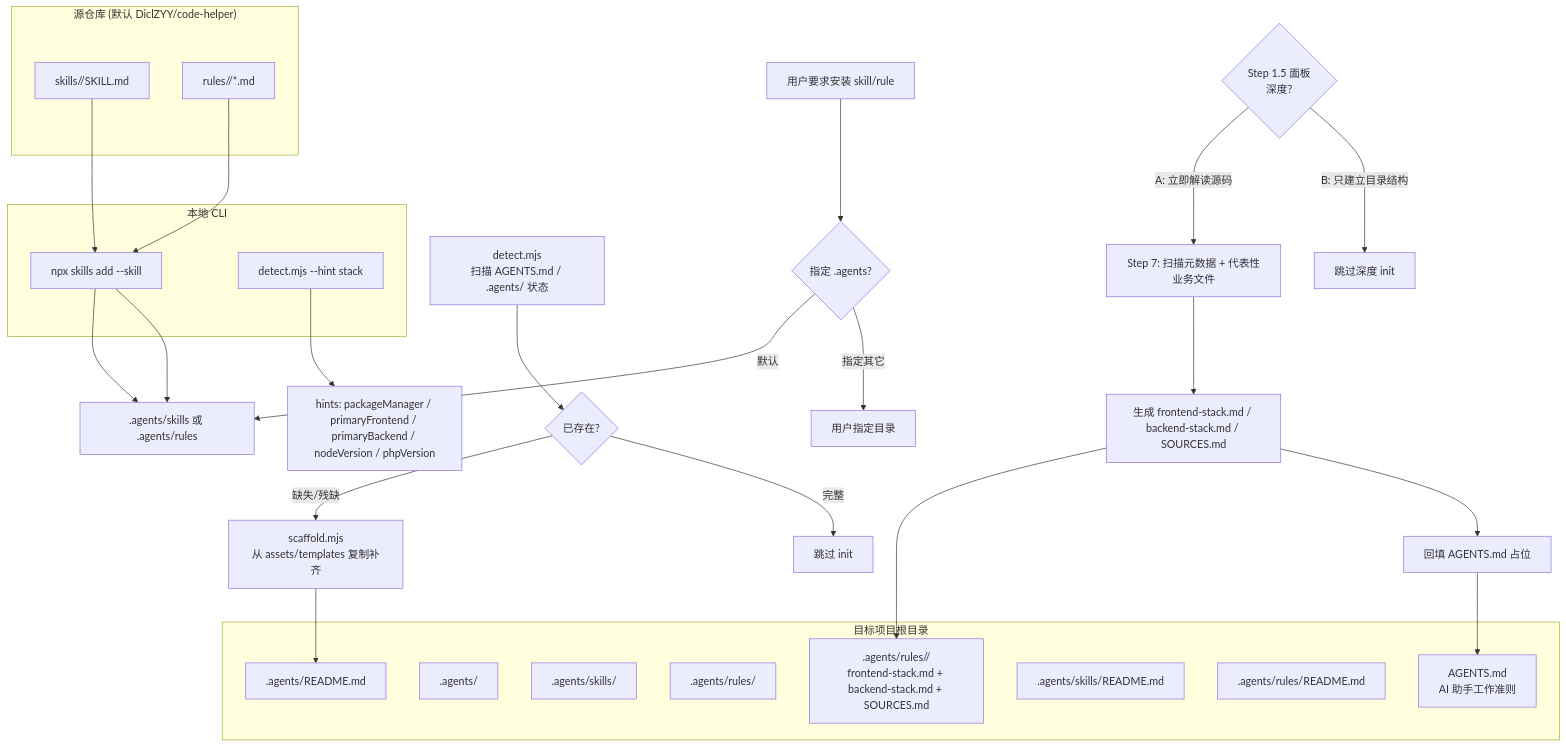
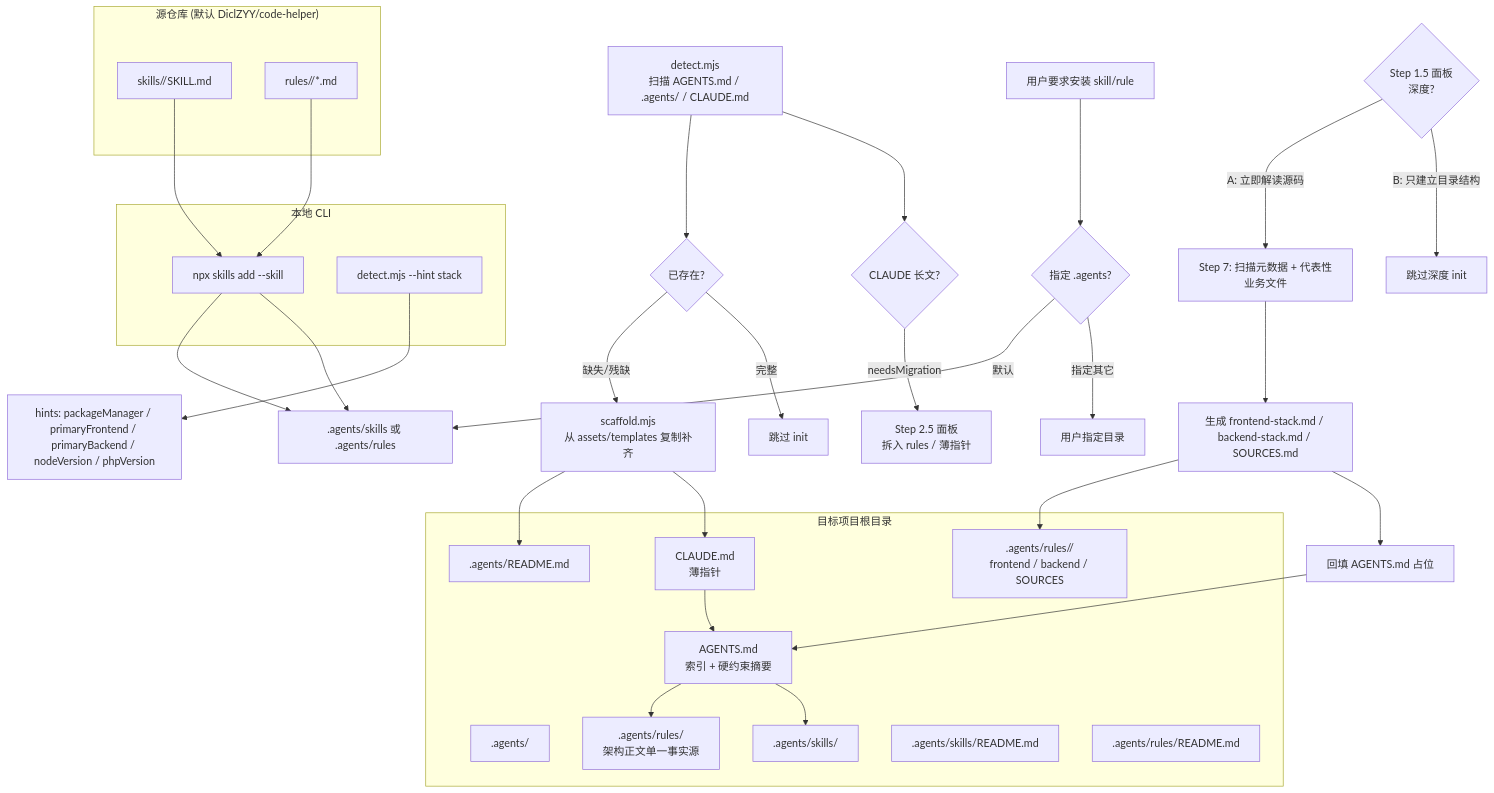
One commit to DiclZYY/code-helper changed the diagram in skills/ai-agents-installer/SKILL.md. Above: the diagram before and after it, drawn with Mermaid. The commit also changed other lines of this file and 9 other files, not shown here.

First line of the commit message:
update(ai-agents-installer): 新增 CLAUDE.md 薄指针支持，统一架构正文到 rules

````diff
--- a/skills/ai-agents-installer/SKILL.md
+++ b/skills/ai-agents-installer/SKILL.md
@@ -42,42 +48,49 @@
 ```mermaid
 flowchart TB
   subgraph project["目标项目根目录"]
-    agentsMd["AGENTS.md<br/>AI 助手工作准则"]
+    agentsMd["AGENTS.md<br/>索引 + 硬约束摘要"]
+    claudeMd["CLAUDE.md<br/>薄指针"]
     agentsDir[".agents/"]
     skillsDir[".agents/skills/"]
-    rulesDir[".agents/rules/"]
+    rulesDir[".agents/rules/<br/>架构正文单一事实源"]
     readmeA[".agents/README.md"]
     skillsReadme[".agents/skills/README.md"]
     rulesReadme[".agents/rules/README.md"]
-    stackRule[".agents/rules/<stack-name>/<br/>frontend-stack.md + backend-stack.md + SOURCES.md"]
+    stackRule[".agents/rules/<stack-name>/<br/>frontend / backend / SOURCES"]
   end
   subgraph src["源仓库 (默认 DiclZYY/code-helper)"]
     srcSkills["skills/<name>/SKILL.md"]
     srcRules["rules/<name>/*.md"]
   end
   subgraph cli["本地 CLI"]
     npx["npx skills add <repo> --skill <name>"]
     detectCmd["detect.mjs --hint stack"]
   end
-  detect["detect.mjs<br/>扫描 AGENTS.md / .agents/ 状态"] --> state{"已存在?"}
+  claudeMd --> agentsMd
+  agentsMd --> rulesDir
+  agentsMd --> skillsDir
+  detect["detect.mjs<br/>扫描 AGENTS.md / .agents/ / CLAUDE.md"] --> state{"已存在?"}
   state -- 缺失/残缺 --> scaffold["scaffold.mjs<br/>从 assets/templates 复制补齐"]
   state -- 完整 --> skipInit["跳过 init"]
   scaffold --> readmeA
+  scaffold --> claudeMd
+  detect --> claudeCheck{"CLAUDE 长文?"}
+  claudeCheck -- needsMigration --> migratePanel["Step 2.5 面板<br/>拆入 rules / 薄指针"]
   userAsk["用户要求安装 skill/rule"] --> pickTarget{"指定 .agents?"}
   pickTarget -- 默认 --> defaultLayout[".agents/skills 或 .agents/rules"]
   pickTarget -- 指定其它 --> otherLayout["用户指定目录"]
   srcSkills --> npx
   npx --> defaultLayout
   srcRules --> npx
   npx --> defaultLayout
 
   %% Step 1.5 深度分流
   detectCmd --> hintJson["hints: packageManager / primaryFrontend / primaryBackend / nodeVersion / phpVersion"]
   depth{"Step 1.5 面板<br/>深度?"}
   depth -- A: 立即解读源码 --> scan["Step 7: 扫描元数据 + 代表性业务文件"]
   scan --> deriveSpec["生成 frontend-stack.md / backend-stack.md / SOURCES.md"]
   deriveSpec --> stackRule
   deriveSpec --> fillAgentsMd["回填 AGENTS.md <fill> 占位"]
   fillAgentsMd --> agentsMd
   depth -- B: 只建立目录结构 --> skipDeep["跳过深度 init"]
 ```
````
